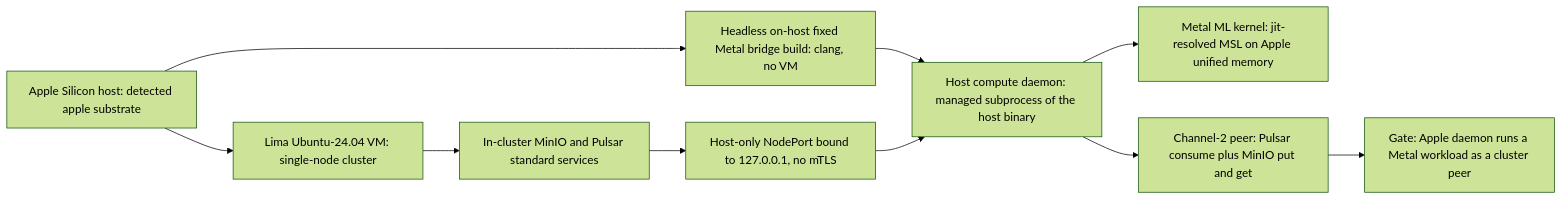
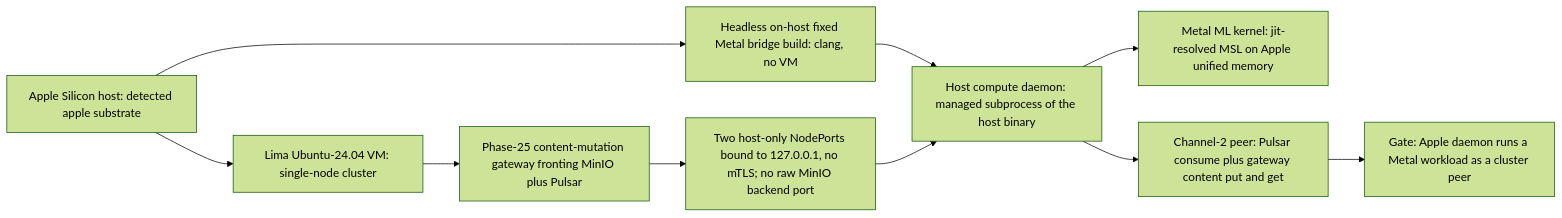
The diagram in DEVELOPMENT_PLAN/phase_35_apple_metal_host_daemon.md (Tuee22/amoebius), drawn with Mermaid (forest theme) before and after one commit. The commit also changed other lines of this file and 87 other files, not shown here.

````diff
--- a/DEVELOPMENT_PLAN/phase_35_apple_metal_host_daemon.md
+++ b/DEVELOPMENT_PLAN/phase_35_apple_metal_host_daemon.md
@@ -59,12 +88,12 @@
 ```mermaid
 flowchart LR
   apple[Apple Silicon host: detected apple substrate] --> lima[Lima Ubuntu-24.04 VM: single-node cluster]
-  lima --> svc[In-cluster MinIO and Pulsar standard services]
-  svc --> np[Host-only NodePort bound to 127.0.0.1, no mTLS]
+  lima --> svc[Phase-25 content-mutation gateway fronting MinIO plus Pulsar]
+  svc --> np[Two host-only NodePorts bound to 127.0.0.1, no mTLS; no raw MinIO backend port]
   apple --> bridge[Headless on-host fixed Metal bridge build: clang, no VM]
   bridge --> daemon[Host compute daemon: managed subprocess of the host binary]
   np --> daemon
   daemon --> metal[Metal ML kernel: jit-resolved MSL on Apple unified memory]
-  daemon --> peer[Channel-2 peer: Pulsar consume plus MinIO put and get]
+  daemon --> peer[Channel-2 peer: Pulsar consume plus gateway content put and get]
   peer --> gate[Gate: Apple daemon runs a Metal workload as a cluster peer]
 ```
````
